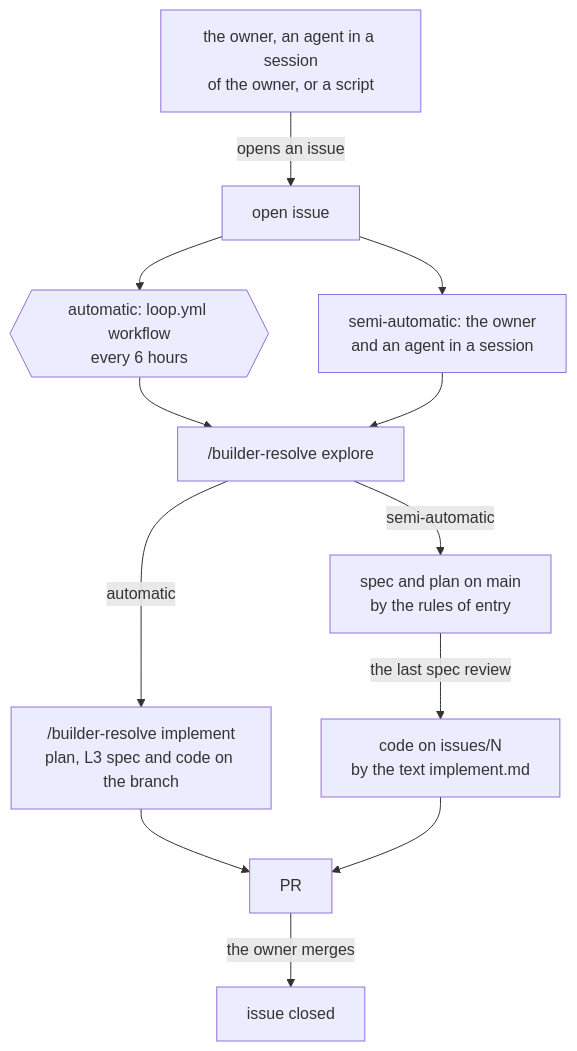
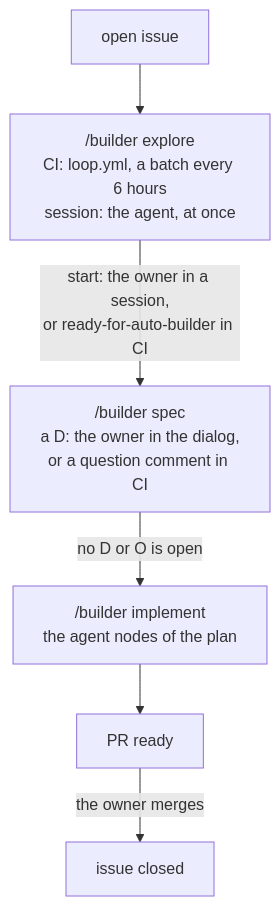
The second of 3 diagrams in knowledge/spec/L2-loops.md (shiyuann/aboveloop), drawn with Mermaid before and after one commit. The commit also changed other lines of this file and 81 other files, not shown here.

````diff
--- a/knowledge/spec/L2-loops.md
+++ b/knowledge/spec/L2-loops.md
@@ -59,14 +76,8 @@
 ```mermaid
 flowchart TB
-  ME["the owner, an agent in a session<br/>of the owner, or a script"] -->|opens an issue| B["open issue"]
-  B --> WF{{"automatic: loop.yml workflow<br/>every 6 hours"}}
-  B --> SE["semi-automatic: the owner<br/>and an agent in a session"]
-  WF --> RX["/builder-resolve explore"]
-  SE --> RX
-  RX -->|"semi-automatic"| EN["spec and plan on main<br/>by the rules of entry"]
-  EN -->|"the last spec review"| CS["code on issues/N<br/>by the text implement.md"]
-  RX -->|"automatic"| RI["/builder-resolve implement<br/>plan, L3 spec and code on the branch"]
-  RI --> PR["PR"]
-  CS --> PR
-  PR -->|the owner merges| DN["issue closed"]
+  B["open issue"] --> RX["/builder explore<br/>CI: loop.yml, a batch every 6 hours<br/>session: the agent, at once"]
+  RX -->|"start: the owner in a session,<br/>or ready-for-auto-builder in CI"| EN["/builder spec<br/>a D: the owner in the dialog,<br/>or a question comment in CI"]
+  EN -->|"no D or O is open"| CS["/builder implement<br/>the agent nodes of the plan"]
+  CS --> PR["PR ready"]
+  PR -->|"the owner merges"| DN["issue closed"]
 ```
````
